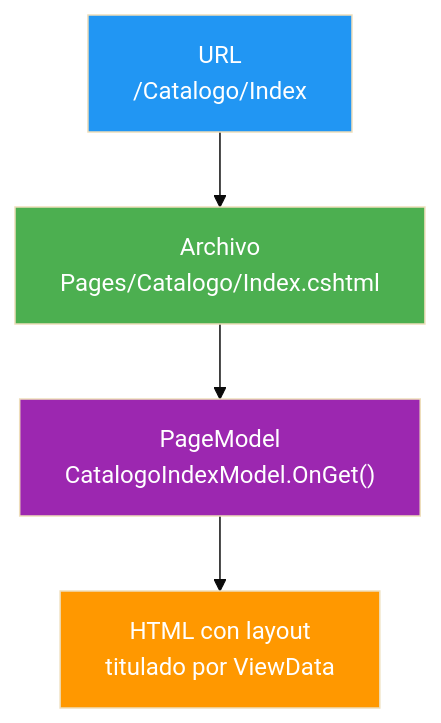
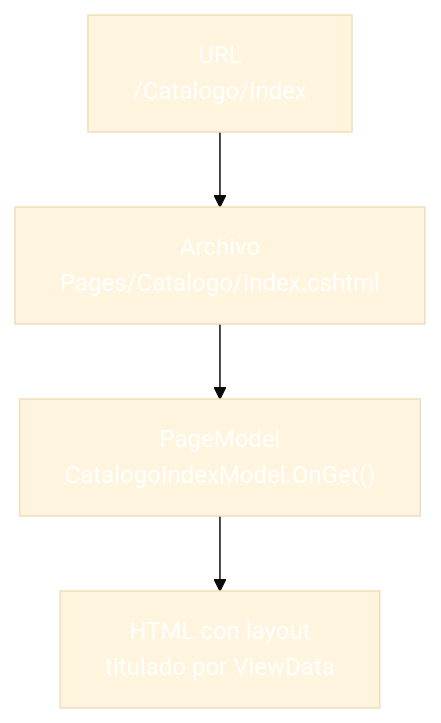
The second of 4 diagrams in 10-razorpages-fundamentos.md (joseluisgs/DesarrolloWebEntornosServidor-03-2026-2027), drawn with Mermaid (base theme) before and after one commit. The commit also changed other lines of this file and 30 other files, not shown here.

````diff
--- a/10-razorpages-fundamentos.md
+++ b/10-razorpages-fundamentos.md
@@ -125,10 +125,10 @@
 ```mermaid
 graph TD
     A["URL<br/>/Catalogo/Index"] --> B["Archivo<br/>Pages/Catalogo/Index.cshtml"]
     B --> C["PageModel<br/>CatalogoIndexModel.OnGet()"]
     C --> D["HTML con layout<br/>titulado por ViewData"]
-    style A fill:#2196F3,color:#fff
-    style B fill:#4CAF50,color:#fff
-    style C fill:#9C27B0,color:#fff
-    style D fill:#FF9800,color:#fff
+    style A fill:#2196F,color:#fff3,color:#fff
+    style B fill:#4CAF5,color:#fff0,color:#fff
+    style C fill:#9C27B,color:#fff0,color:#fff
+    style D fill:#FF980,color:#fff0,color:#fff
 ```
````
